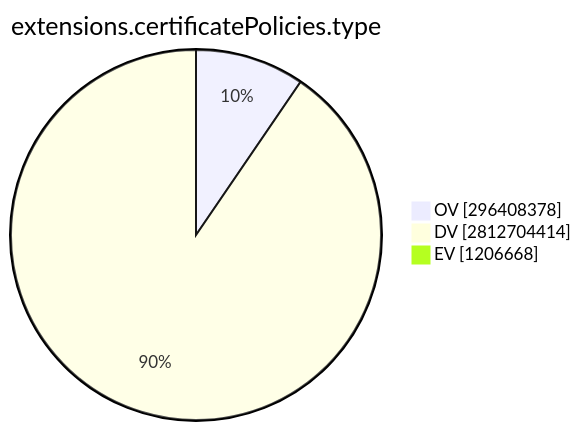
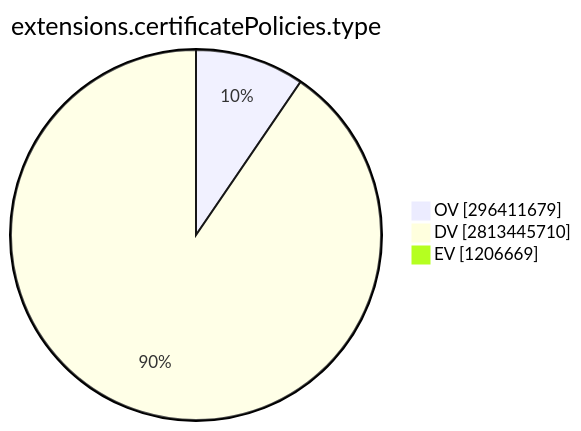
One commit to christiankrug/ctmonitor_visualization changed the ninth of 15 diagrams in TOTAL/README.md. Above: the diagram before and after it, drawn with Mermaid. The commit also changed other lines of this file, not shown here.

````diff
--- a/TOTAL/README.md
+++ b/TOTAL/README.md
@@ -3099,7 +3099,7 @@
 ```mermaid
 pie showData
 title extensions.certificatePolicies.type
-"OV" :296408378
-"DV" :2812704414
-"EV" :1206668
+"OV" :296411679
+"DV" :2813445710
+"EV" :1206669
 ```
````
